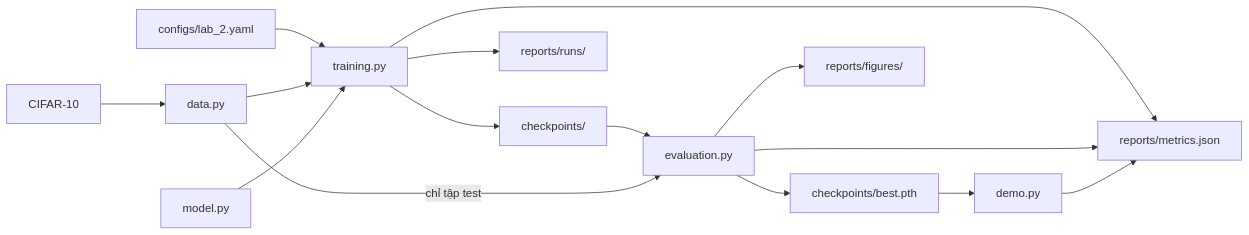
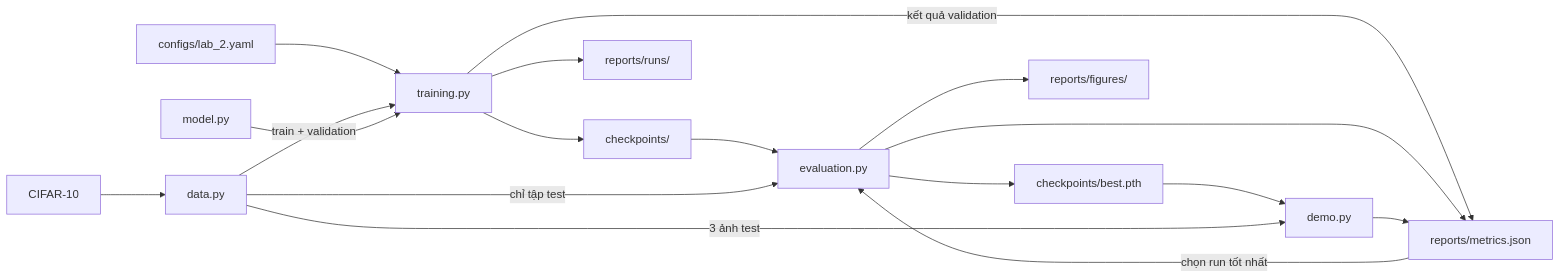
Before and after one commit to QuocAn118/Lab: the second of 2 diagrams in Lab 2/docs/lab_2_description.md, drawn with Mermaid. The commit also changed other lines of this file and 218 other files, not shown here.

````diff
--- a/Lab 2/docs/lab_2_description.md
+++ b/Lab 2/docs/lab_2_description.md
@@ -80,17 +80,19 @@
 ```mermaid
 flowchart LR
     Config["configs/lab_2.yaml"] --> Train["training.py"]
     CIFAR["CIFAR-10"] --> Data["data.py"]
-    Data --> Train
+    Data -- "train + validation" --> Train
     Model["model.py"] --> Train
     Train --> Ckpt["checkpoints/"]
     Train --> Logs["reports/runs/"]
-    Train --> Report["reports/metrics.json"]
-    Ckpt --> Eval["evaluation.py"]
+    Train -- "kết quả validation" --> Report["reports/metrics.json"]
+    Report -- "chọn run tốt nhất" --> Eval["evaluation.py"]
+    Ckpt --> Eval
     Data -- "chỉ tập test" --> Eval
     Eval --> Best["checkpoints/best.pth"]
     Eval --> Report
     Eval --> Fig["reports/figures/"]
     Best --> Demo["demo.py"]
+    Data -- "3 ảnh test" --> Demo
     Demo --> Report
 ```
````
